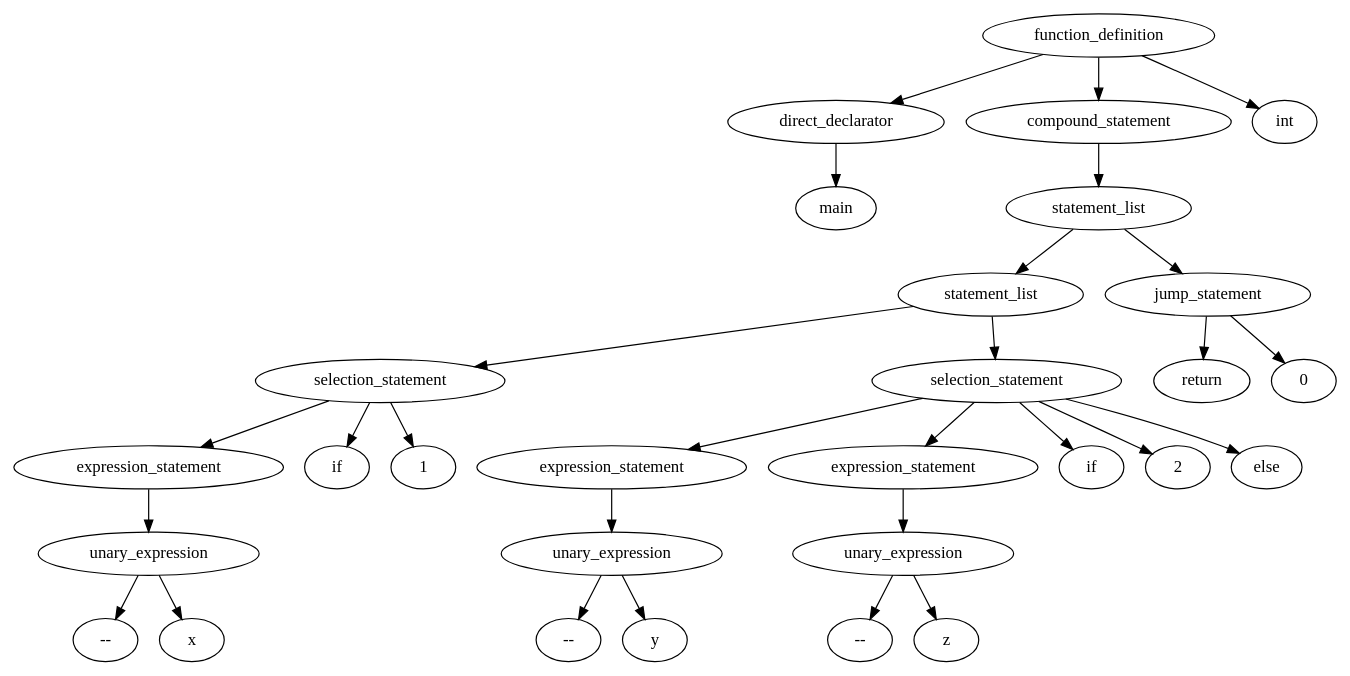
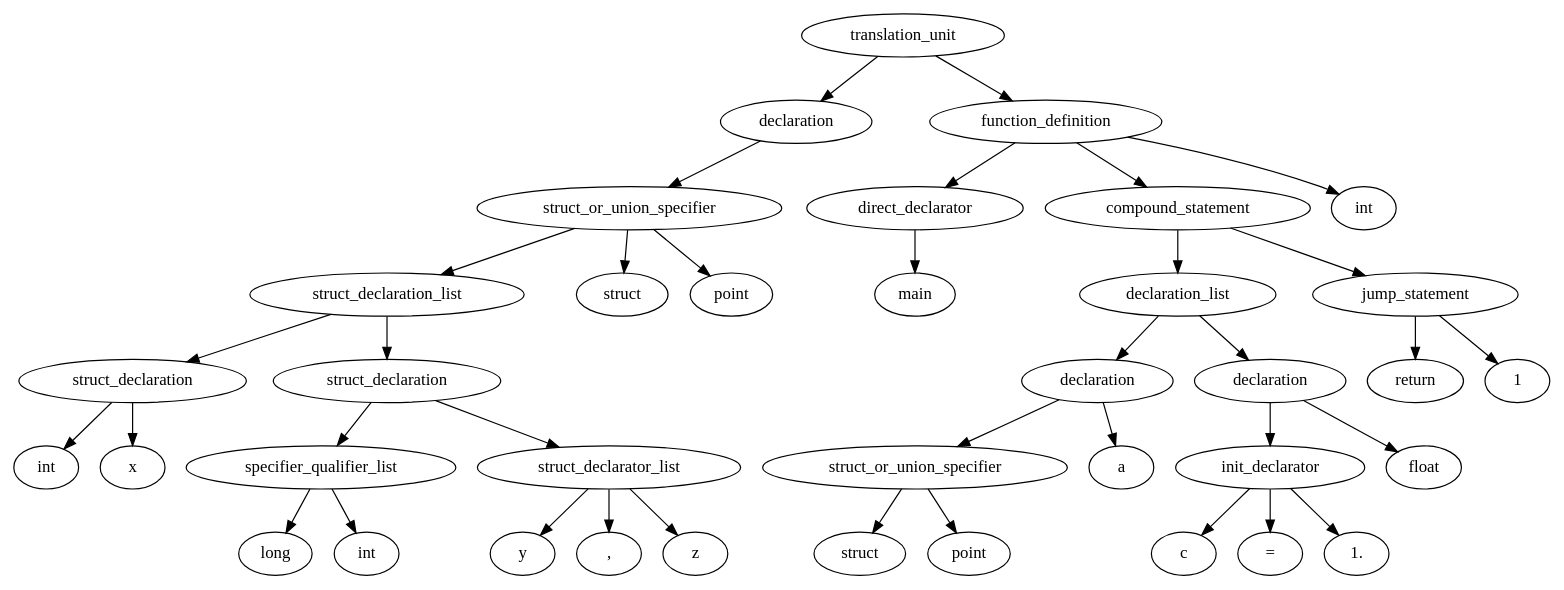
One commit to govarun/compiler-project changed the diagram in src/graph1.dot. Above: the diagram before and after it, drawn with Graphviz. The commit also changed 6 other files, not shown here.

```diff
--- a/src/graph1.dot
+++ b/src/graph1.dot
@@ -1,59 +1,75 @@
 digraph ethane {
-1[label="direct_declarator"]
-2[label="main"]
+1[label="struct_declaration"]
+2[label="int"]
 1 -> 2
-3[label="unary_expression"]
-4[label="--"]
-3 -> 4
-5[label="x"]
-3 -> 5
-6[label="expression_statement"]
-6 -> 3
-7[label="selection_statement"]
-8[label="if"]
+3[label="x"]
+1 -> 3
+4[label="specifier_qualifier_list"]
+5[label="long"]
+4 -> 5
+6[label="int"]
+4 -> 6
+7[label="struct_declarator_list"]
+8[label="y"]
 7 -> 8
-9[label="1"]
+9[label=","]
 7 -> 9
-7 -> 6
-10[label="unary_expression"]
-11[label="--"]
-10 -> 11
-12[label="y"]
-10 -> 12
-13[label="expression_statement"]
-13 -> 10
-14[label="unary_expression"]
-15[label="--"]
-14 -> 15
-16[label="z"]
-14 -> 16
-17[label="expression_statement"]
-17 -> 14
-18[label="selection_statement"]
-19[label="if"]
-18 -> 19
-20[label="2"]
-18 -> 20
-18 -> 13
-21[label="else"]
-18 -> 21
-18 -> 17
-22[label="statement_list"]
-22 -> 7
-22 -> 18
-23[label="jump_statement"]
-24[label="return"]
-23 -> 24
-25[label="0"]
-23 -> 25
-26[label="statement_list"]
-26 -> 22
-26 -> 23
-27[label="compound_statement"]
-27 -> 26
-28[label="function_definition"]
-29[label="int"]
+10[label="z"]
+7 -> 10
+11[label="struct_declaration"]
+11 -> 4
+11 -> 7
+12[label="struct_declaration_list"]
+12 -> 1
+12 -> 11
+13[label="struct_or_union_specifier"]
+14[label="struct"]
+13 -> 14
+15[label="point"]
+13 -> 15
+13 -> 12
+16[label="declaration"]
+16 -> 13
+17[label="direct_declarator"]
+18[label="main"]
+17 -> 18
+19[label="struct_or_union_specifier"]
+20[label="struct"]
+19 -> 20
+21[label="point"]
+19 -> 21
+22[label="declaration"]
+22 -> 19
+23[label="a"]
+22 -> 23
+24[label="init_declarator"]
+25[label="c"]
+24 -> 25
+26[label="="]
+24 -> 26
+27[label="1."]
+24 -> 27
+28[label="declaration"]
+29[label="float"]
 28 -> 29
-28 -> 1
-28 -> 27
+28 -> 24
+30[label="declaration_list"]
+30 -> 22
+30 -> 28
+31[label="jump_statement"]
+32[label="return"]
+31 -> 32
+33[label="1"]
+31 -> 33
+34[label="compound_statement"]
+34 -> 30
+34 -> 31
+35[label="function_definition"]
+36[label="int"]
+35 -> 36
+35 -> 17
+35 -> 34
+37[label="translation_unit"]
+37 -> 16
+37 -> 35
 }
```
